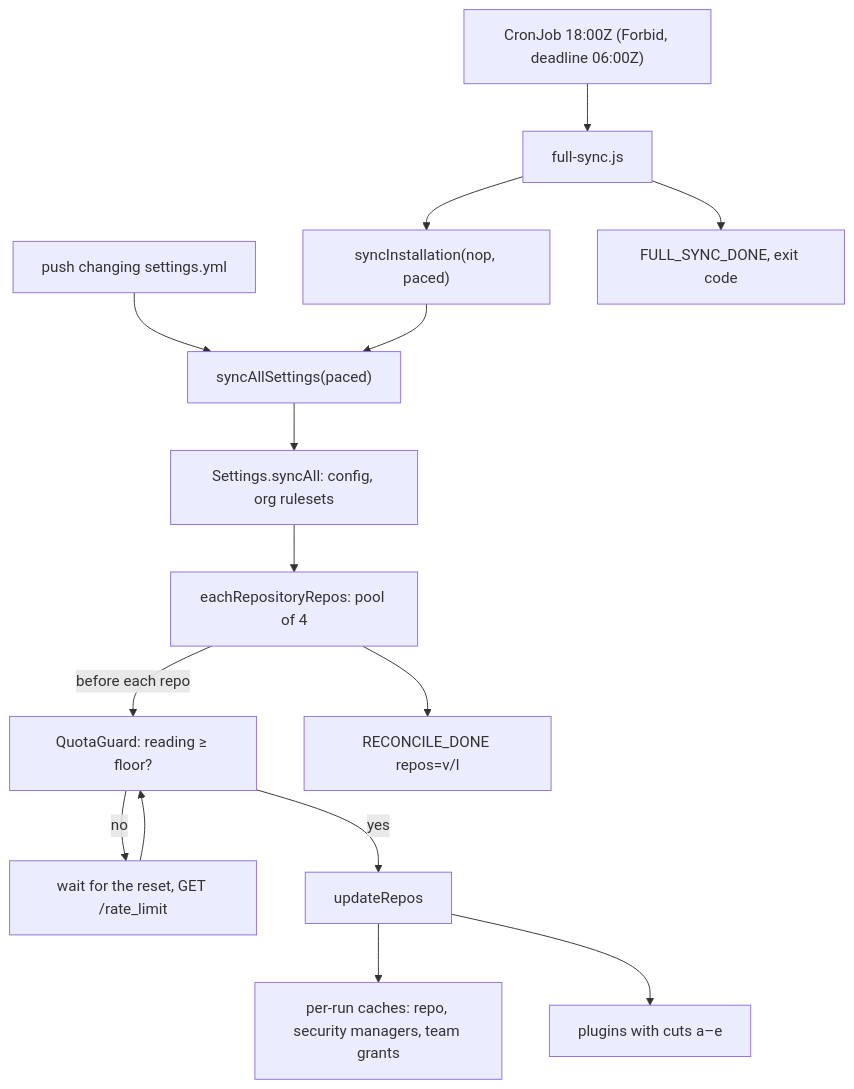
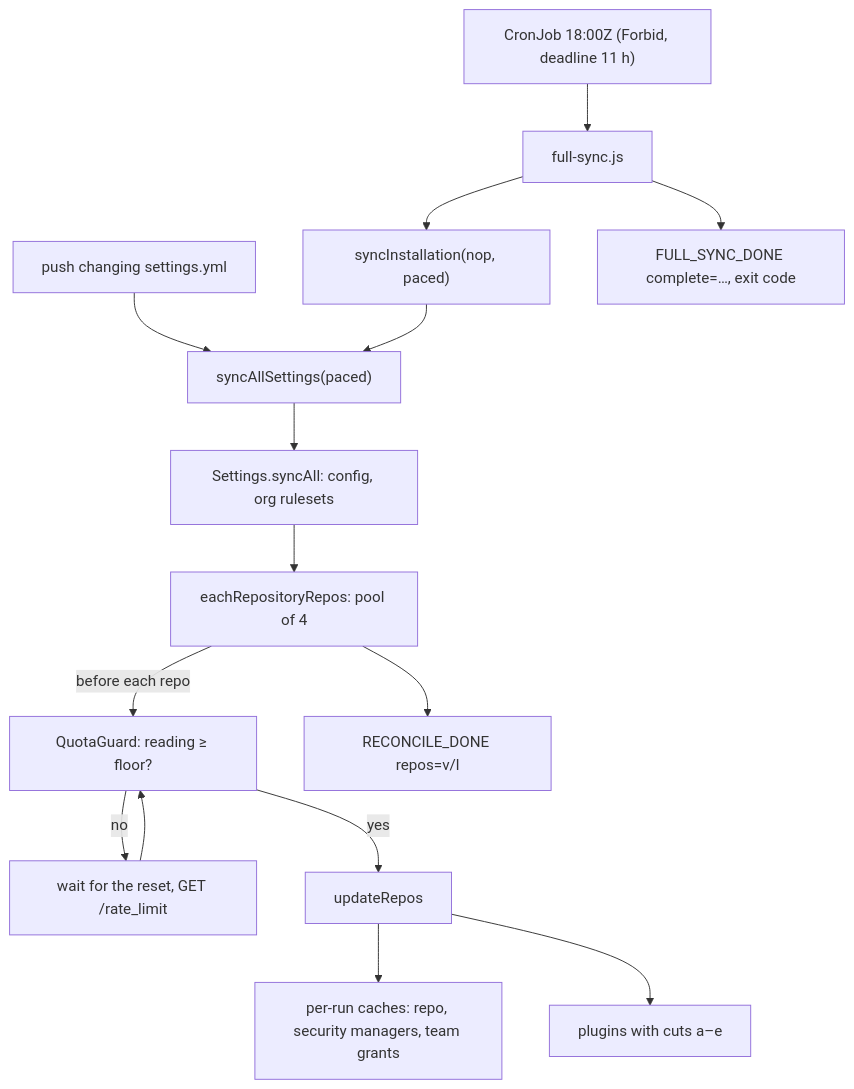
The third of 4 diagrams in docs/sdlc/changes/2026-11-23-cron-sync-quota/change-design.md (tomtom-forks/safe-settings), drawn with Mermaid before and after one commit. The commit also changed other lines of this file and 1 other file, not shown here.

First line of the commit message:
docs(cron-quota): address self-review round 1

````diff
--- a/docs/sdlc/changes/2026-11-23-cron-sync-quota/change-design.md
+++ b/docs/sdlc/changes/2026-11-23-cron-sync-quota/change-design.md
@@ -244,17 +255,17 @@
 ```mermaid
 flowchart TD
-  cj["CronJob 18:00Z (Forbid, deadline 06:00Z)"] --> fs["full-sync.js"]
+  cj["CronJob 18:00Z (Forbid, deadline 11 h)"] --> fs["full-sync.js"]
   fs --> si["syncInstallation(nop, paced)"]
   push["push changing settings.yml"] --> sas["syncAllSettings(paced)"]
   si --> sas
   sas --> sa["Settings.syncAll: config, org rulesets"]
   sa --> loop["eachRepositoryRepos: pool of 4"]
   loop -->|"before each repo"| g["QuotaGuard: reading ≥ floor?"]
   g -->|"no"| wait["wait for the reset, GET /rate_limit"]
   wait --> g
   g -->|"yes"| ur["updateRepos"]
   ur --> cache["per-run caches: repo, security managers, team grants"]
   ur --> plugins["plugins with cuts a–e"]
   loop --> done["RECONCILE_DONE repos=v/l"]
-  fs --> fsd["FULL_SYNC_DONE, exit code"]
+  fs --> fsd["FULL_SYNC_DONE complete=…, exit code"]
 ```
````
